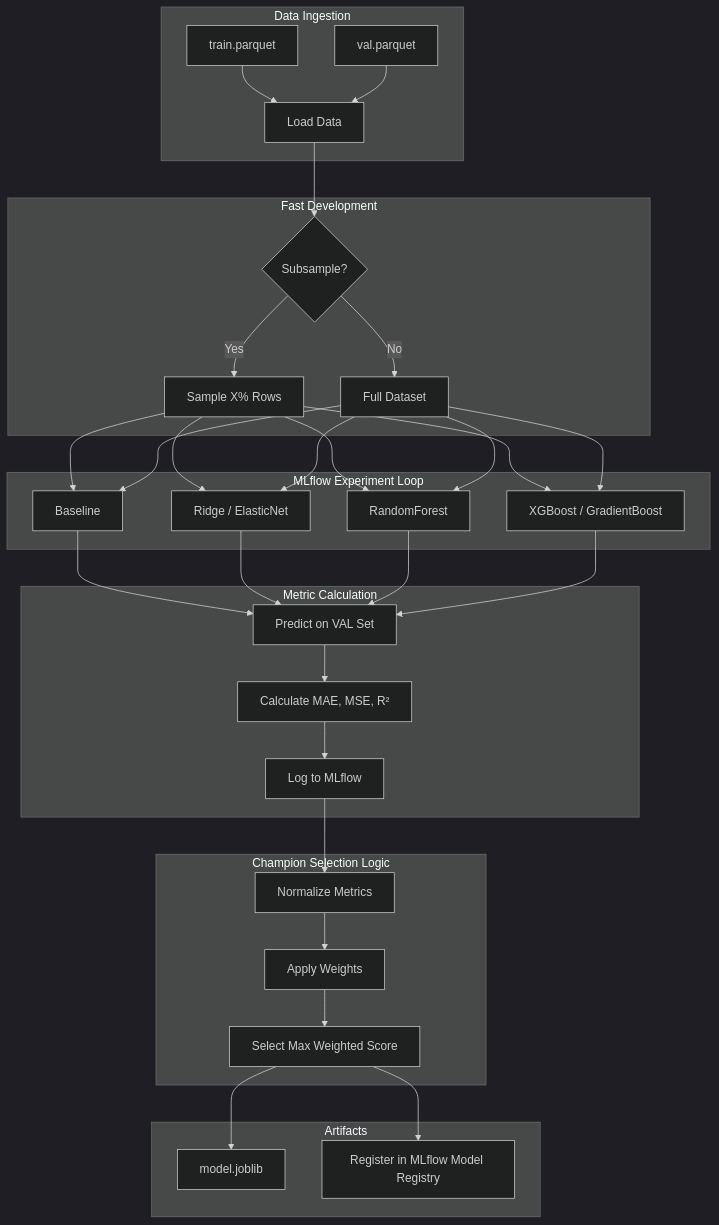
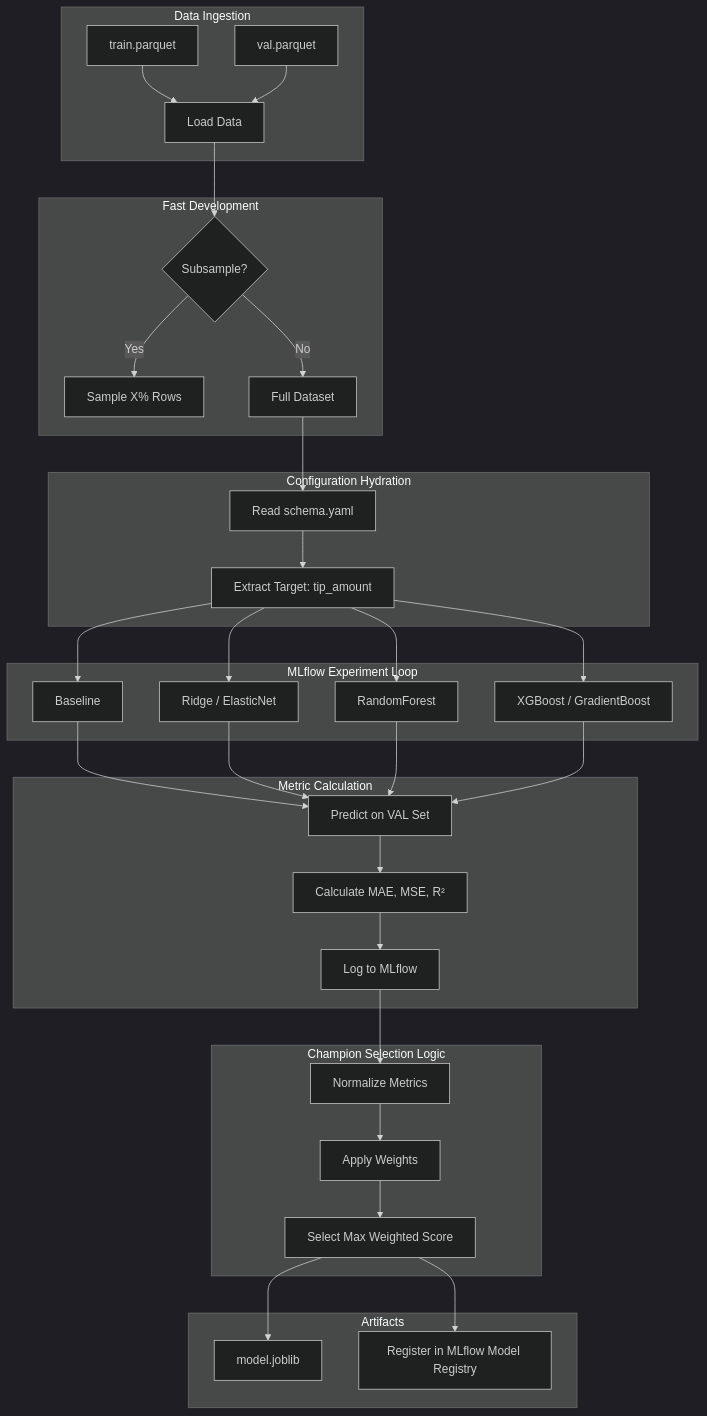
The diagram in reports/docs/workflows/05_model_trainer_report.md (SebastianGarrido2790/nyc-taxi-tips-prediction), drawn with Mermaid (dark theme) before and after one commit. The commit also changed other lines of this file and 61 other files, not shown here.

First line of the commit message:
feat: complete v1.1 system hardening and architectural refactoring

````diff
--- a/reports/docs/workflows/05_model_trainer_report.md
+++ b/reports/docs/workflows/05_model_trainer_report.md
@@ -19,37 +20,42 @@
 ```mermaid
 flowchart TD
     subgraph Input [Data Ingestion]
         A[train.parquet] --> B[Load Data]
         C[val.parquet] --> B
     end
 
     subgraph Optimization [Fast Development]
         B --> D{Subsample?}
         D -- Yes --> E[Sample X% Rows]
         D -- No --> F[Full Dataset]
     end
 
+    subgraph Config [Configuration Hydration]
+        F --> H1[Read schema.yaml]
+        H1 --> H2[Extract Target: tip_amount]
+    end
+
     subgraph Training_Loop [MLflow Experiment Loop]
-        E & F --> G[Baseline]
-        E & F --> H[Ridge / ElasticNet]
-        E & F --> I[RandomForest]
-        E & F --> J[XGBoost / GradientBoost]
+        H2 --> G[Baseline]
+        H2 --> H[Ridge / ElasticNet]
+        H2 --> I[RandomForest]
+        H2 --> J[XGBoost / GradientBoost]
     end
 
     subgraph Evaluation [Metric Calculation]
         G & H & I & J --> K[Predict on VAL Set]
         K --> L["Calculate MAE, MSE, R²"]
         L --> M[Log to MLflow]
     end
 
     subgraph Selection [Champion Selection Logic]
         M --> N[Normalize Metrics]
         N --> O[Apply Weights]
         O --> P[Select Max Weighted Score]
     end
 
     subgraph Output [Artifacts]
         P --> Q[model.joblib]
         P --> R[Register in MLflow Model Registry]
     end
 ```
````
